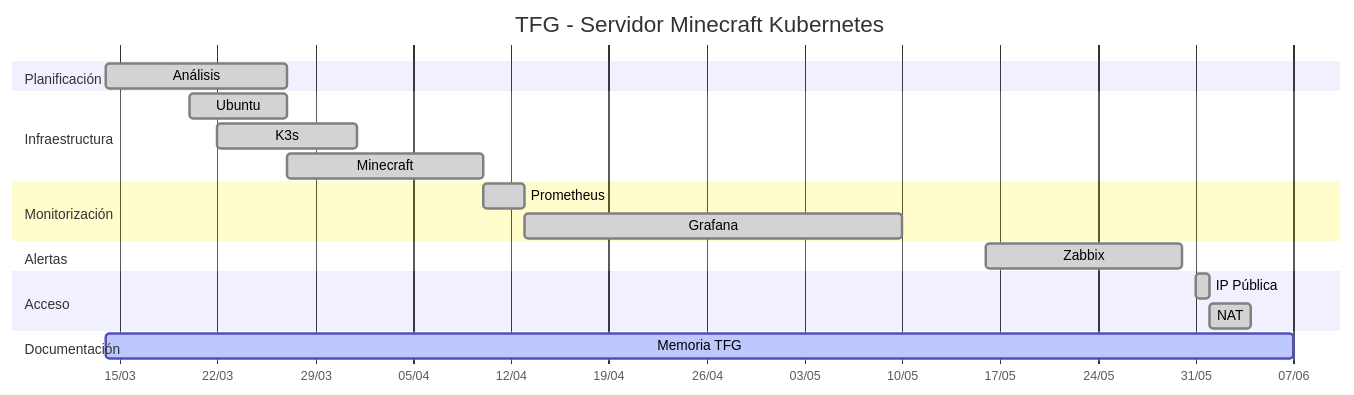
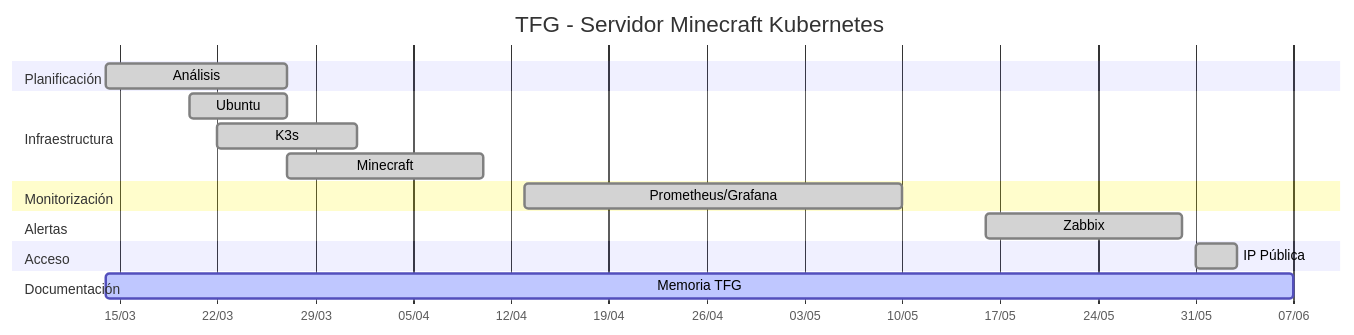
The diagram in diagrama gantt.md (pabnaviva/minecraft), drawn with Mermaid before and after one commit.

Commit message:
Update diagrama gantt.md

````diff
--- a/diagrama gantt.md
+++ b/diagrama gantt.md
@@ -1,28 +1,26 @@
 ```mermaid
 gantt
     title TFG - Servidor Minecraft Kubernetes
     dateFormat YYYY-MM-DD
     axisFormat %d/%m
 
     section Planificación
-    Análisis       :done, 2026-03-14, 13d
+    Análisis            :done, 2026-03-14, 13d
 
     section Infraestructura
-    Ubuntu         :done, 2026-03-20, 7d
-    K3s            :done, 2026-03-22, 10d
-    Minecraft      :done, 2026-03-27, 14d
+    Ubuntu              :done, 2026-03-20, 7d
+    K3s                 :done, 2026-03-22, 10d
+    Minecraft           :done, 2026-03-27, 14d
 
     section Monitorización
-    Prometheus     :done, 2026-04-10, 3d
-    Grafana        :done, 2026-04-13, 27d
+    Prometheus/Grafana  :done, 2026-04-13, 27d
 
     section Alertas
-    Zabbix         :done, 2026-05-16, 14d
+    Zabbix              :done, 2026-05-16, 14d
 
     section Acceso
-    IP Pública     :done, 2026-05-31, 1d
-    NAT            :done, 2026-06-01, 3d
+    IP Pública          :done, 2026-05-31, 3d
 
     section Documentación
-    Memoria TFG    :active, 2026-03-14, 85d
+    Memoria TFG         :active, 2026-03-14, 85d
 ```
````
